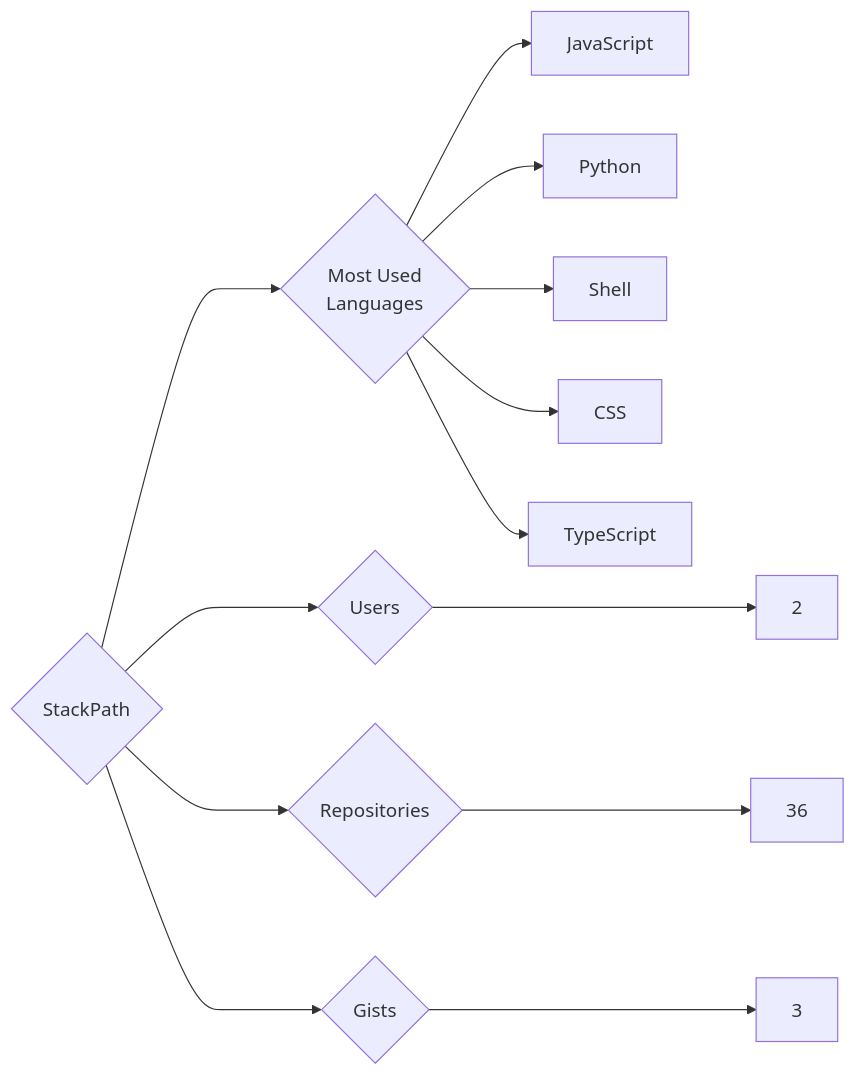
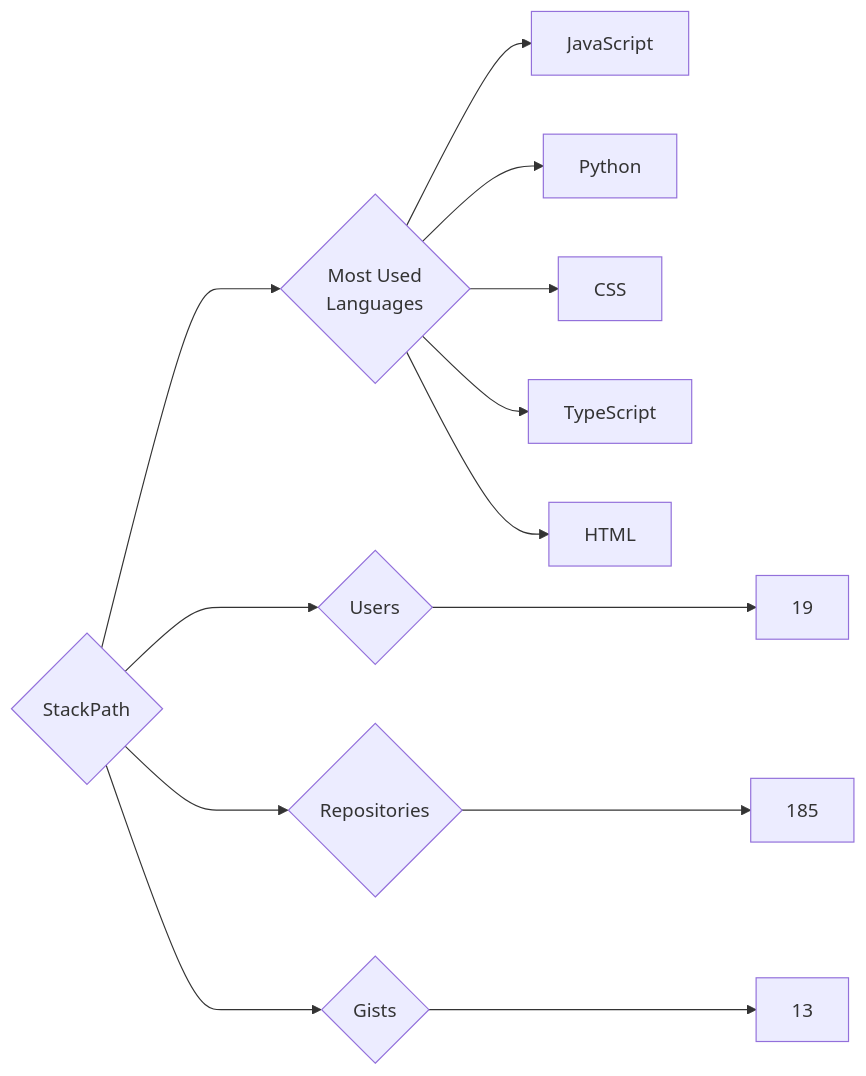
Before and after one commit to trickest/insiders: the diagram in targets/StackPath/README.md, drawn with Mermaid. The commit also changed 970 other files, not shown here.

````diff
--- a/targets/StackPath/README.md
+++ b/targets/StackPath/README.md
@@ -3,13 +3,13 @@
 ```mermaid
 graph LR
 COMPANY_NAME{StackPath}
-COMPANY_NAME ---> U{Users} ---> UN[2]
-COMPANY_NAME ---> R{Repositories} ---> RN[36]
-COMPANY_NAME ---> G{Gists} ---> GN[3]
+COMPANY_NAME ---> U{Users} ---> UN[19]
+COMPANY_NAME ---> R{Repositories} ---> RN[185]
+COMPANY_NAME ---> G{Gists} ---> GN[13]
 COMPANY_NAME ---> ML{Most Used<br>Languages}
 ML --> JavaScript[JavaScript]
 ML --> Python[Python]
-ML --> Shell[Shell]
 ML --> CSS[CSS]
 ML --> TypeScript[TypeScript]
+ML --> HTML[HTML]
 ```
````
